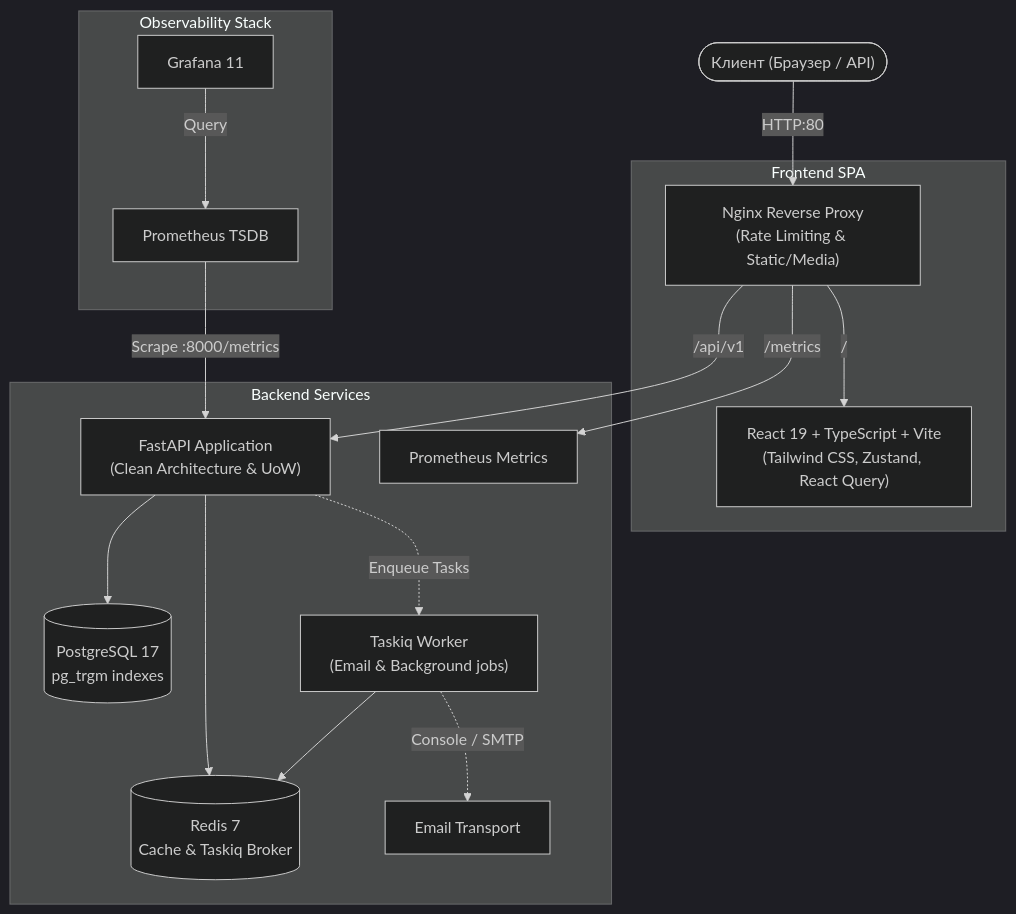
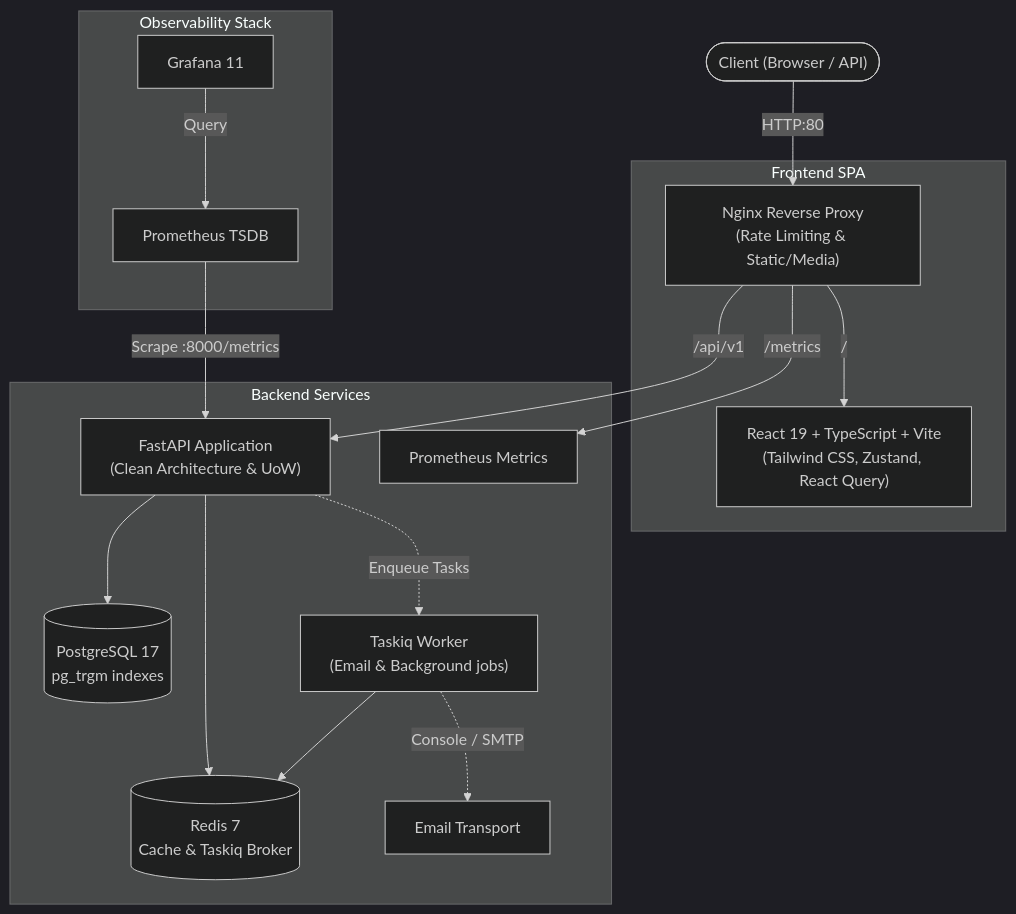
Before and after one commit to mojihenjin/shopperflox: the diagram in README.md, drawn with Mermaid (dark theme). The commit also changed other lines of this file and 1 other file, not shown here.

````diff
--- a/README.md
+++ b/README.md
@@ -44,25 +46,25 @@
 ```mermaid
 flowchart TD
-    Client(["Клиент (Браузер / API)"]) -->|HTTP:80| NGINX["Nginx Reverse Proxy\n(Rate Limiting & Static/Media)"]
+    Client(["Client (Browser / API)"]) -->|HTTP:80| NGINX["Nginx Reverse Proxy\n(Rate Limiting & Static/Media)"]
     
     subgraph Frontend["Frontend SPA"]
         NGINX -->|/| SPA["React 19 + TypeScript + Vite\n(Tailwind CSS, Zustand, React Query)"]
     end
 
     subgraph Backend["Backend Services"]
         NGINX -->|/api/v1| API["FastAPI Application\n(Clean Architecture & UoW)"]
         NGINX -->|/metrics| PromExp["Prometheus Metrics"]
         
         API --> DB[(PostgreSQL 17\npg_trgm indexes)]
         API --> Redis[(Redis 7\nCache & Taskiq Broker)]
         
         API -.->|Enqueue Tasks| Worker["Taskiq Worker\n(Email & Background jobs)"]
         Worker --> Redis
         Worker -.->|Console / SMTP| MailTransport["Email Transport"]
     end
 
     subgraph Monitoring["Observability Stack"]
         Prometheus["Prometheus TSDB"] -->|Scrape :8000/metrics| API
         Grafana["Grafana 11"] -->|Query| Prometheus
     end
 ```
````
